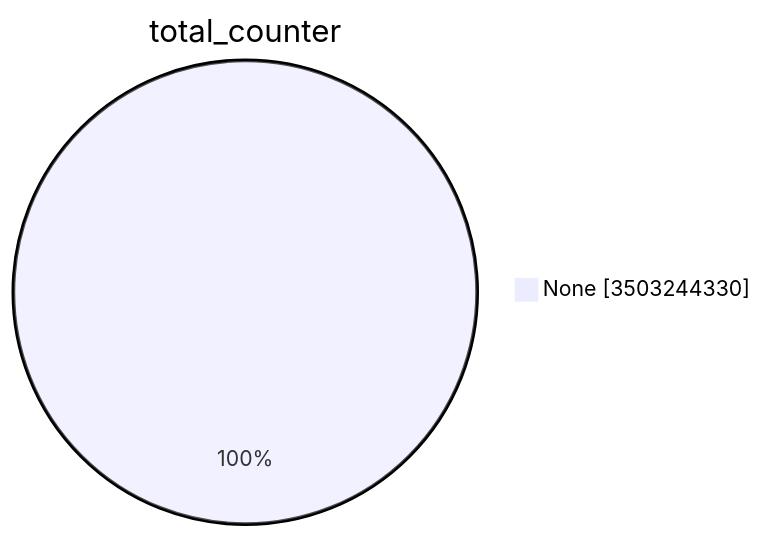
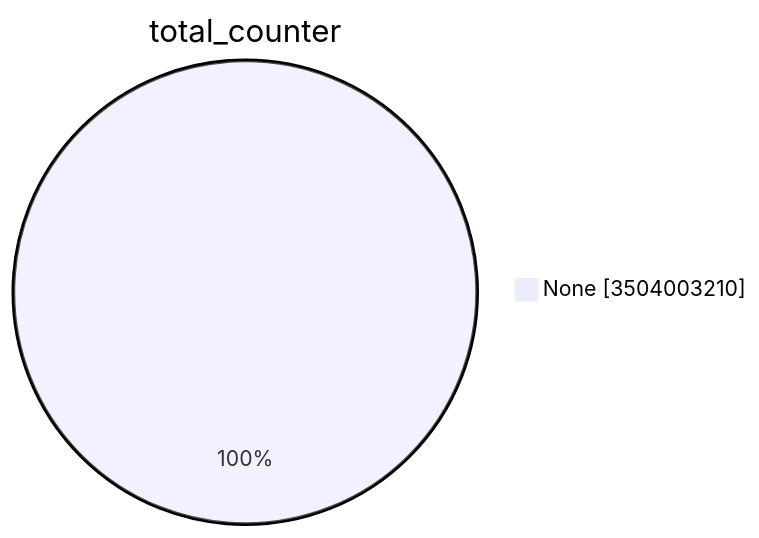
Before and after one commit to christiankrug/ctmonitor_visualization: the first of 15 diagrams in TOTAL/README.md, drawn with Mermaid. The commit also changed other lines of this file, not shown here.

````diff
--- a/TOTAL/README.md
+++ b/TOTAL/README.md
@@ -1,5 +1,5 @@
 ```mermaid
 pie showData
 title total_counter
-"None" :3503244330
+"None" :3504003210
 ```
````
